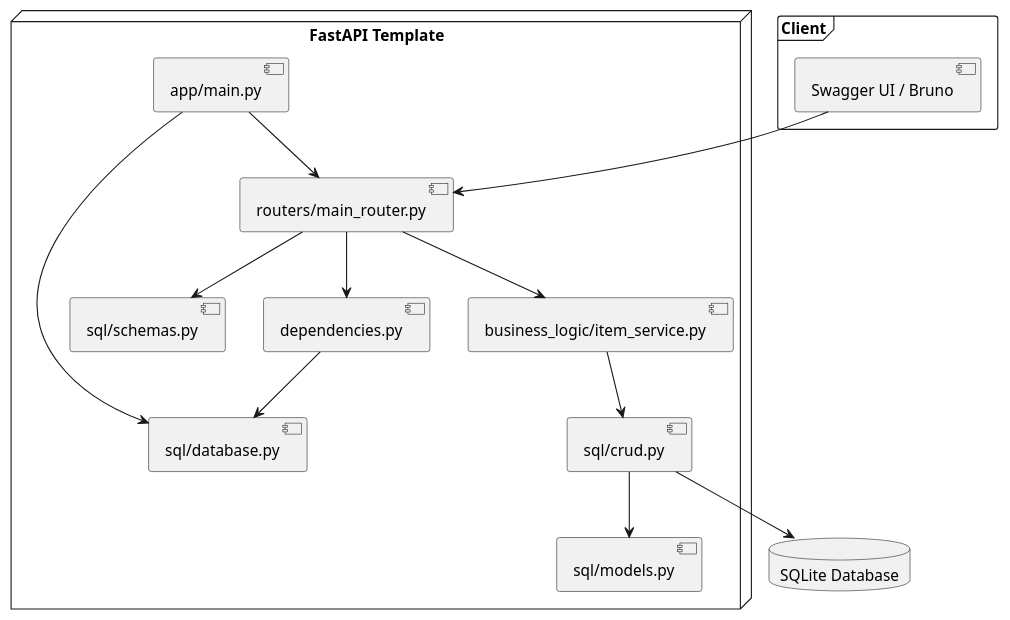
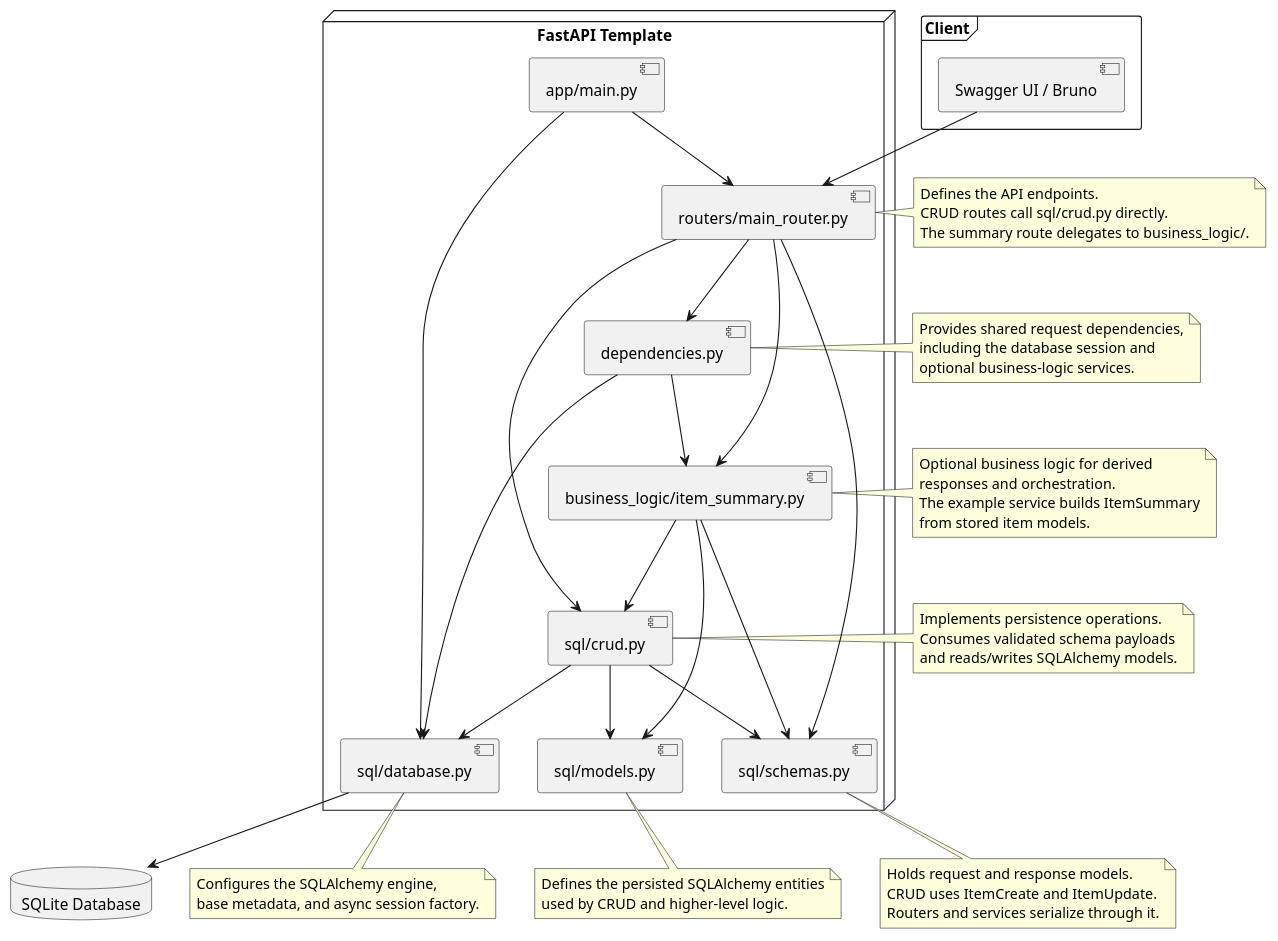
The diagram in docs/uml/architecture.puml (rubiotelmo0/fastapi-template), drawn with PlantUML before and after one commit. The commit also changed 15 other files, not shown here.

Commit message:
fix: fix the business_logic module integration, not treated as a intermediate layer between routers and crud

```diff
--- a/docs/uml/architecture.puml
+++ b/docs/uml/architecture.puml
@@ -1,31 +1,78 @@
 @startuml
 
 frame "Client" {
   [Swagger UI / Bruno] as client
 }
 
 node "FastAPI Template" {
   [app/main.py] as main
   [routers/main_router.py] as router
   [dependencies.py] as dependencies
-  [business_logic/item_service.py] as service
+  [business_logic/item_summary.py] as service
   [sql/schemas.py] as schemas
   [sql/crud.py] as crud
   [sql/models.py] as models
   [sql/database.py] as database
 }
 
 database "SQLite Database" as db
 
 client --> router
 main --> router
 main --> database
 router --> dependencies
 router --> schemas
+router --> crud
 router --> service
+dependencies --> service
 service --> crud
+service --> models
+service --> schemas
+crud --> schemas
 crud --> models
-crud --> db
+crud --> database
 dependencies --> database
+database --> db
+
+note right of router
+  Defines the API endpoints.
+  CRUD routes call sql/crud.py directly.
+  The summary route delegates to business_logic/.
+end note
+
+note left of dependencies
+  Provides shared request dependencies,
+  including the database session and
+  optional business-logic services.
+end note
+
+note bottom of schemas
+  Holds request and response models.
+  CRUD uses ItemCreate and ItemUpdate.
+  Routers and services serialize through it.
+end note
+
+note right of crud
+  Implements persistence operations.
+  Consumes validated schema payloads
+  and reads/writes SQLAlchemy models.
+end note
+
+note right of service
+  Optional business logic for derived
+  responses and orchestration.
+  The example service builds ItemSummary
+  from stored item models.
+end note
+
+note bottom of database
+  Configures the SQLAlchemy engine,
+  base metadata, and async session factory.
+end note
+
+note bottom of models
+  Defines the persisted SQLAlchemy entities
+  used by CRUD and higher-level logic.
+end note
 
 @enduml
```
